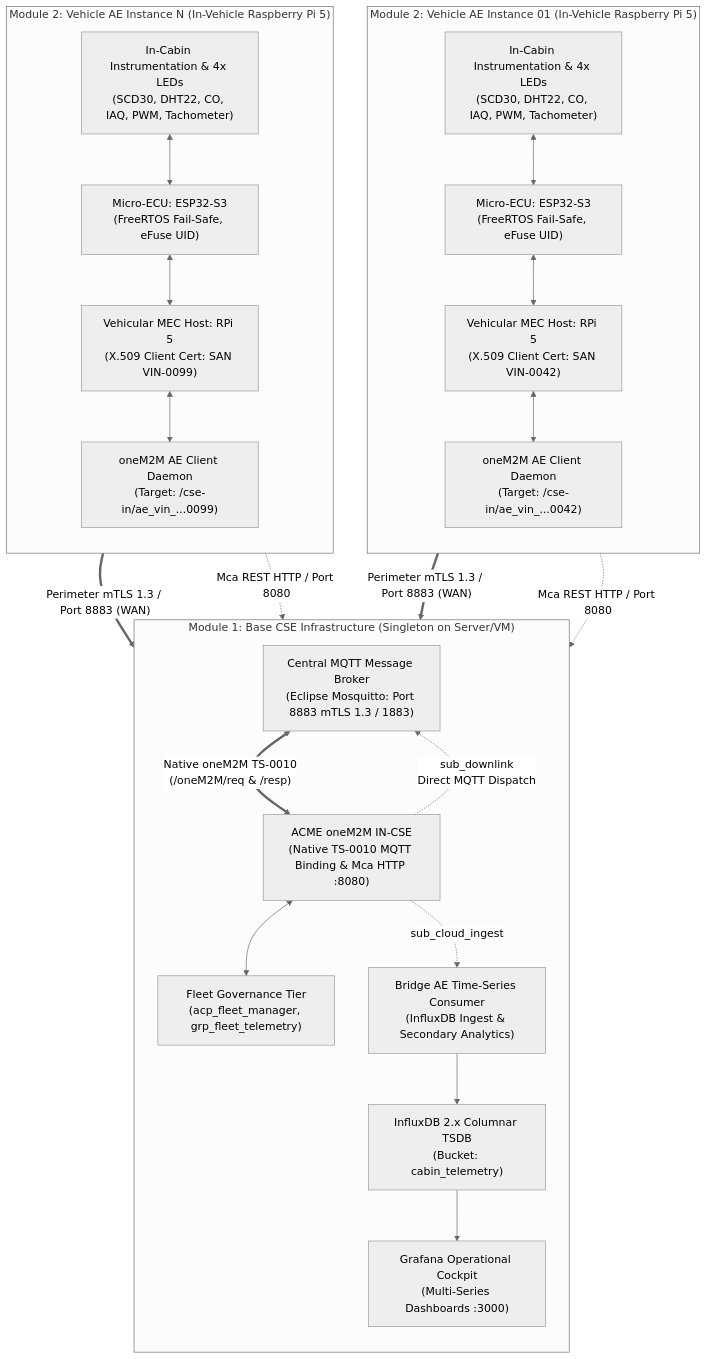
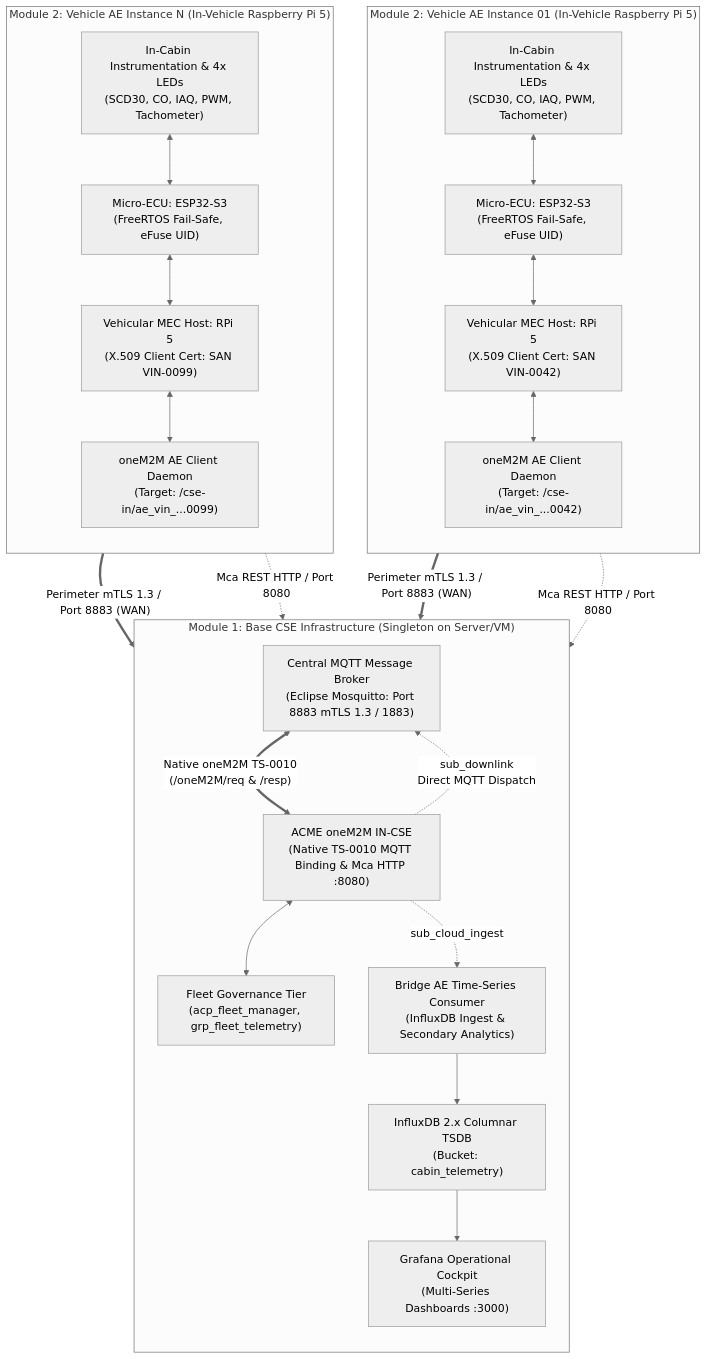
One commit to imosudi/HVAC-iot-monitoring changed the first of 3 diagrams in docs/architecture/modular_system_design_specification.md. Above: the diagram before and after it, drawn with Mermaid (neutral theme). The commit also changed other lines of this file and 8 other files, not shown here.

Commit message:
Architecturat updates

````diff
--- a/docs/architecture/modular_system_design_specification.md
+++ b/docs/architecture/modular_system_design_specification.md
@@ -30,43 +30,43 @@
 ```mermaid
 flowchart TB
     subgraph Base_CSE_Module ["Module 1: Base CSE Infrastructure (Singleton on Server/VM)"]
         direction TB
         MOSQ["Central MQTT Message Broker<br/>(Eclipse Mosquitto: Port 8883 mTLS 1.3 / 1883)"]
         CSE["ACME oneM2M IN-CSE<br/>(Native TS-0010 MQTT Binding & Mca HTTP :8080)"]
         GOV["Fleet Governance Tier<br/>(acp_fleet_manager, grp_fleet_telemetry)"]
         INGEST["Bridge AE Time-Series Consumer<br/>(InfluxDB Ingest & Secondary Analytics)"]
         TSDB["InfluxDB 2.x Columnar TSDB<br/>(Bucket: cabin_telemetry)"]
         DASH["Grafana Operational Cockpit<br/>(Multi-Series Dashboards :3000)"]
         
         MOSQ <== "Native oneM2M TS-0010<br/>(/oneM2M/req & /resp)" ==> CSE
         CSE <--> GOV
         CSE -.->|sub_cloud_ingest| INGEST
         INGEST --> TSDB --> DASH
         CSE -.->|sub_downlink<br/>Direct MQTT Dispatch| MOSQ
     end
 
     subgraph Vehicle_AE_Module_1 ["Module 2: Vehicle AE Instance 01 (In-Vehicle Raspberry Pi 5)"]
         direction TB
-        SENS_1["In-Cabin Instrumentation & 4x LEDs<br/>(SCD30, DHT22, CO, IAQ, PWM, Tachometer)"]
+        SENS_1["In-Cabin Instrumentation & 4x LEDs<br/>(SCD30, CO, IAQ, PWM, Tachometer)"]
         ESP_1["Micro-ECU: ESP32-S3<br/>(FreeRTOS Fail-Safe, eFuse UID)"]
         PI_1["Vehicular MEC Host: RPi 5<br/>(X.509 Client Cert: SAN VIN-0042)"]
         AE_1["oneM2M AE Client Daemon<br/>(Target: /cse-in/ae_vin_...0042)"]
         
         SENS_1 <--> ESP_1 <--> PI_1 <--> AE_1
     end
 
     subgraph Vehicle_AE_Module_N ["Module 2: Vehicle AE Instance N (In-Vehicle Raspberry Pi 5)"]
         direction TB
-        SENS_N["In-Cabin Instrumentation & 4x LEDs<br/>(SCD30, DHT22, CO, IAQ, PWM, Tachometer)"]
+        SENS_N["In-Cabin Instrumentation & 4x LEDs<br/>(SCD30, CO, IAQ, PWM, Tachometer)"]
         ESP_N["Micro-ECU: ESP32-S3<br/>(FreeRTOS Fail-Safe, eFuse UID)"]
         PI_N["Vehicular MEC Host: RPi 5<br/>(X.509 Client Cert: SAN VIN-0099)"]
         AE_N["oneM2M AE Client Daemon<br/>(Target: /cse-in/ae_vin_...0099)"]
         
         SENS_N <--> ESP_N <--> PI_N <--> AE_N
     end
 
     AE_1 == "Perimeter mTLS 1.3 / Port 8883 (WAN)" ==> MOSQ
     AE_1 -.->|Mca REST HTTP / Port 8080| CSE
     AE_N == "Perimeter mTLS 1.3 / Port 8883 (WAN)" ==> MOSQ
     AE_N -.->|Mca REST HTTP / Port 8080| CSE
 ```
````
